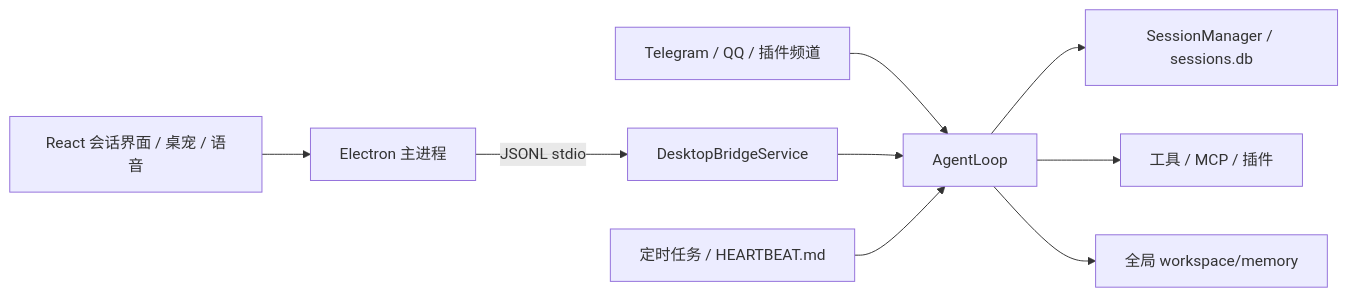
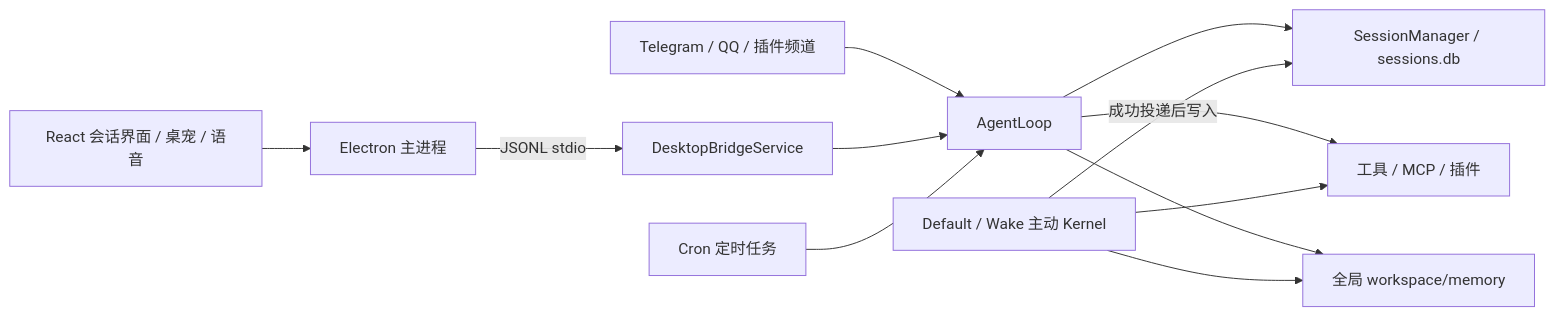
The diagram in README.md (jackeyfaker77/kaze-agent), drawn with Mermaid before and after one commit. The commit also changed other lines of this file and 10 other files, not shown here.

First line of the commit message:
docs: trace the desktop request path and proactive kernel

````diff
--- a/README.md
+++ b/README.md
@@ -24,11 +24,14 @@
 ```mermaid
 flowchart LR
   UI[React 会话界面 / 桌宠 / 语音] --> Electron[Electron 主进程]
   Electron -->|JSONL stdio| Bridge[DesktopBridgeService]
   Channels[Telegram / QQ / 插件频道] --> Agent[AgentLoop]
   Bridge --> Agent
   Agent --> Sessions[SessionManager / sessions.db]
   Agent --> Tools[工具 / MCP / 插件]
   Agent --> Memory[全局 workspace/memory]
-  Tasks[定时任务 / HEARTBEAT.md] --> Agent
+  Tasks[Cron 定时任务] --> Agent
+  Proactive[Default / Wake 主动 Kernel] -->|成功投递后写入| Sessions
+  Proactive --> Tools
+  Proactive --> Memory
 ```
````
